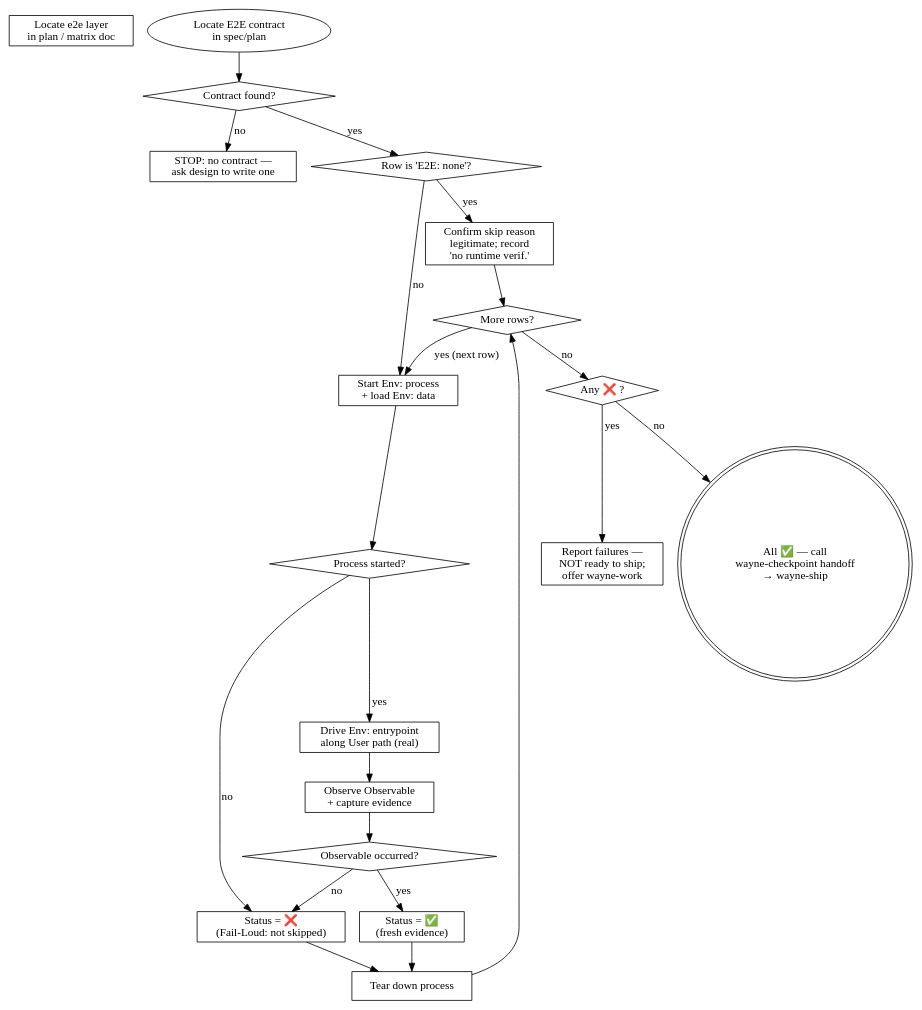
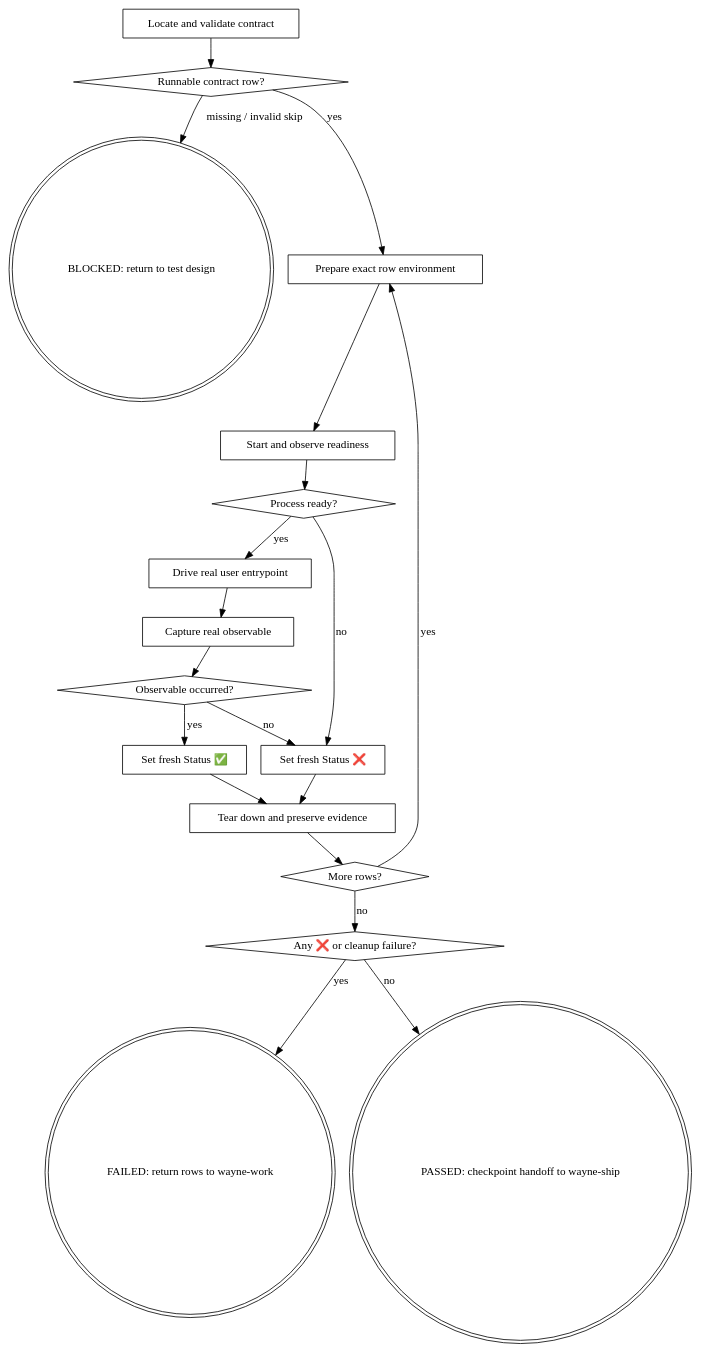
One commit to waynejing995/wayne-taste changed the diagram in wayne-verify/SKILL.md. Above: the diagram before and after it, drawn with Graphviz. The commit also changed other lines of this file and 39 other files, not shown here.

First line of the commit message:
feat:/wayne-verify - slim runtime verification gate

````diff
--- a/wayne-verify/SKILL.md
+++ b/wayne-verify/SKILL.md
@@ -72,44 +22,40 @@
 ```dot
 digraph verify {
     rankdir=TB;
+    A [label="Locate and validate contract", shape=box];
+    B [label="Runnable contract row?", shape=diamond];
+    X [label="BLOCKED: return to test design", shape=doublecircle];
+    C [label="Prepare exact row environment", shape=box];
+    D [label="Start and observe readiness", shape=box];
+    E [label="Process ready?", shape=diamond];
+    F [label="Drive real user entrypoint", shape=box];
+    G [label="Capture real observable", shape=box];
+    H [label="Observable occurred?", shape=diamond];
+    P [label="Set fresh Status ✅", shape=box];
+    N [label="Set fresh Status ❌", shape=box];
+    T [label="Tear down and preserve evidence", shape=box];
+    M [label="More rows?", shape=diamond];
+    Q [label="Any ❌ or cleanup failure?", shape=diamond];
+    W [label="FAILED: return rows to wayne-work", shape=doublecircle];
+    S [label="PASSED: checkpoint handoff to wayne-ship", shape=doublecircle];
 
-    "Locate e2e layer\nin plan / matrix doc" [shape=box];
-    "Contract found?" [shape=diamond];
-    "STOP: no contract —\nask design to write one" [shape=box];
-    "Row is 'E2E: none'?" [shape=diamond];
-    "Confirm skip reason\nlegitimate; record\n'no runtime verif.'" [shape=box];
-    "Start Env: process\n+ load Env: data" [shape=box];
-    "Process started?" [shape=diamond];
-    "Status = ❌\n(Fail-Loud: not skipped)" [shape=box];
-    "Drive Env: entrypoint\nalong User path (real)" [shape=box];
-    "Observe Observable\n+ capture evidence" [shape=box];
-    "Observable occurred?" [shape=diamond];
-    "Status = ✅\n(fresh evidence)" [shape=box];
-    "Tear down process" [shape=box];
-    "More rows?" [shape=diamond];
-    "Any ❌ ?" [shape=diamond];
-    "Report failures —\nNOT ready to ship;\noffer wayne-work" [shape=box];
-    "All ✅ — call\nwayne-checkpoint handoff\n→ wayne-ship" [shape=doublecircle];
-
-    "Locate E2E contract\nin spec/plan" -> "Contract found?";
-    "Contract found?" -> "STOP: no contract —\nask design to write one" [label="no"];
-    "Contract found?" -> "Row is 'E2E: none'?" [label="yes"];
-    "Row is 'E2E: none'?" -> "Confirm skip reason\nlegitimate; record\n'no runtime verif.'" [label="yes"];
-    "Confirm skip reason\nlegitimate; record\n'no runtime verif.'" -> "More rows?";
-    "Row is 'E2E: none'?" -> "Start Env: process\n+ load Env: data" [label="no"];
-    "Start Env: process\n+ load Env: data" -> "Process started?";
-    "Process started?" -> "Status = ❌\n(Fail-Loud: not skipped)" [label="no"];
-    "Status = ❌\n(Fail-Loud: not skipped)" -> "Tear down process";
-    "Process started?" -> "Drive Env: entrypoint\nalong User path (real)" [label="yes"];
-    "Drive Env: entrypoint\nalong User path (real)" -> "Observe Observable\n+ capture evidence";
-    "Observe Observable\n+ capture evidence" -> "Observable occurred?";
-    "Observable occurred?" -> "Status = ✅\n(fresh evidence)" [label="yes"];
-    "Observable occurred?" -> "Status = ❌\n(Fail-Loud: not skipped)" [label="no"];
-    "Status = ✅\n(fresh evidence)" -> "Tear down process";
-    "Tear down process" -> "More rows?";
-    "More rows?" -> "Start Env: process\n+ load Env: data" [label="yes (next row)"];
-    "More rows?" -> "Any ❌ ?" [label="no"];
-    "Any ❌ ?" -> "Report failures —\nNOT ready to ship;\noffer wayne-work" [label="yes"];
-    "Any ❌ ?" -> "All ✅ — call\nwayne-checkpoint handoff\n→ wayne-ship" [label="no"];
+    A -> B;
+    B -> X [label="missing / invalid skip"];
+    B -> C [label="yes"];
+    C -> D;
+    D -> E;
+    E -> N [label="no"];
+    E -> F [label="yes"];
+    F -> G;
+    G -> H;
+    H -> P [label="yes"];
+    H -> N [label="no"];
+    P -> T;
+    N -> T;
+    T -> M;
+    M -> C [label="yes"];
+    M -> Q [label="no"];
+    Q -> W [label="yes"];
+    Q -> S [label="no"];
 }
 ```
````
